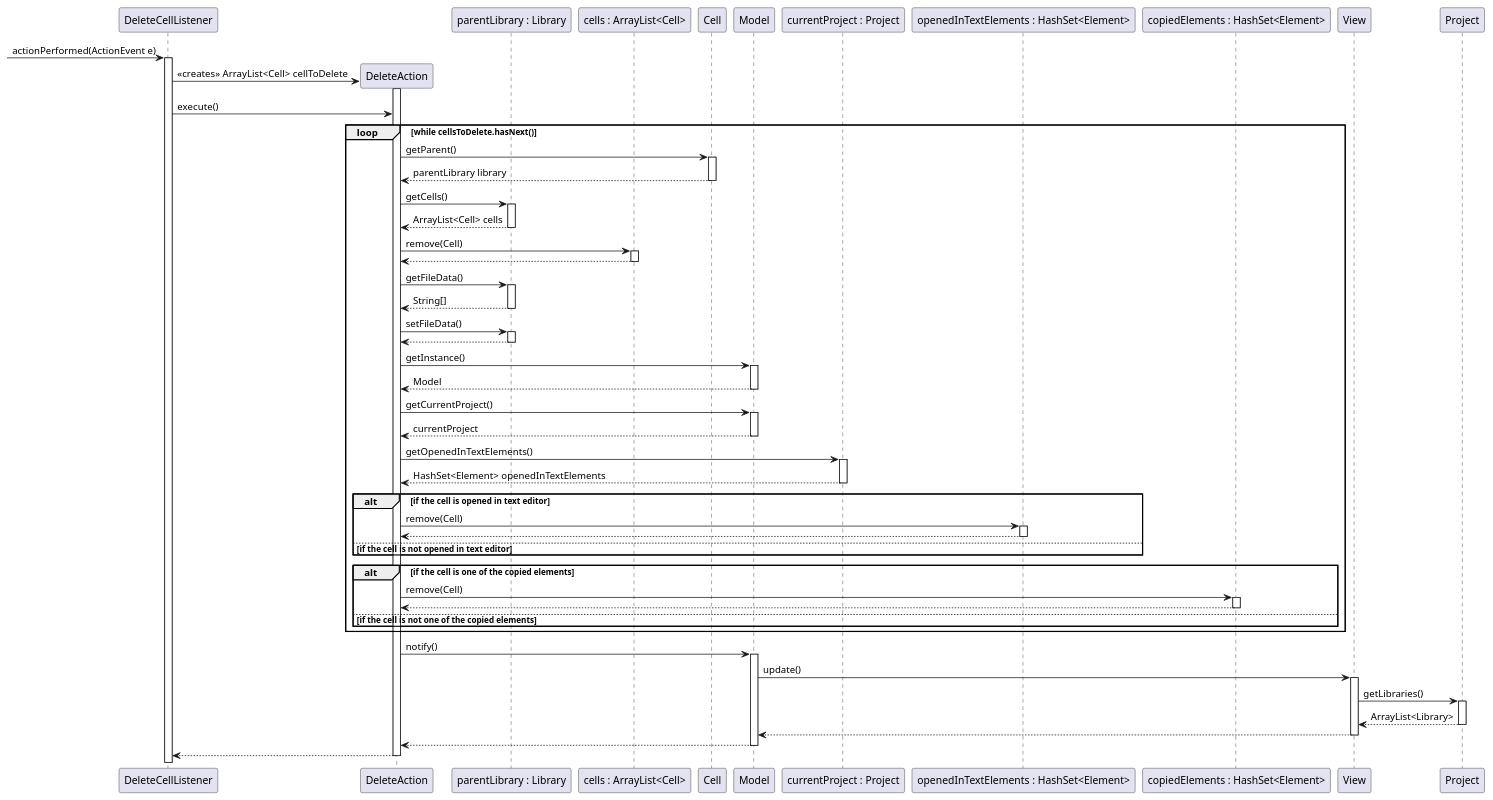
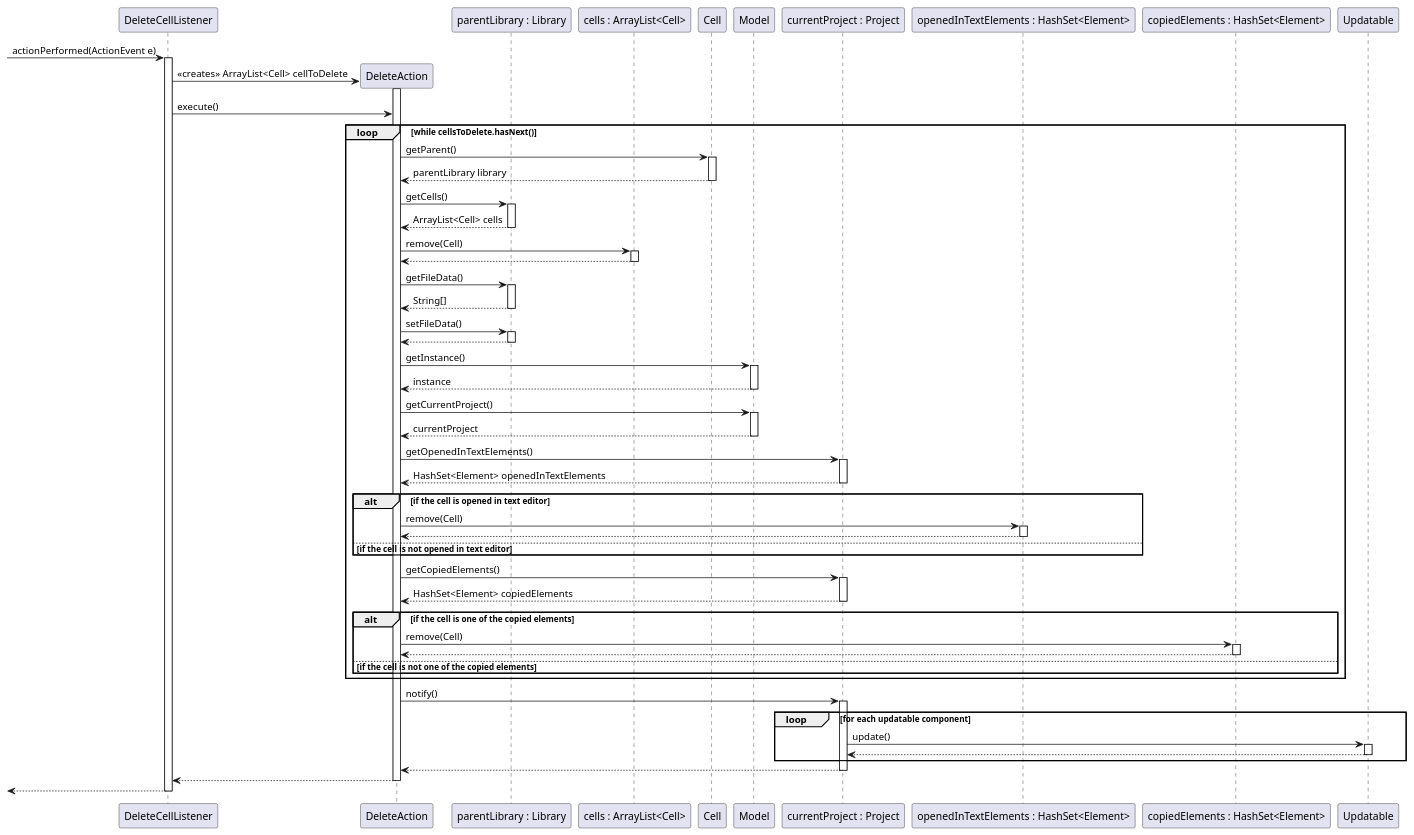
One commit to AlpTorac/PSE-Report changed the diagram in Design Phase/SequenceDiagrams/deletingcell.wsd. Above: the diagram before and after it, drawn with PlantUML.

Commit message:
changed deletingcells

```diff
--- a/Design Phase/SequenceDiagrams/deletingcell.wsd
+++ b/Design Phase/SequenceDiagrams/deletingcell.wsd
@@ -1,73 +1,78 @@
 @startuml
 -> DeleteCellListener : actionPerformed(ActionEvent e)
 activate DeleteCellListener
 DeleteCellListener -> DeleteAction ** : <<creates>> ArrayList<Cell> cellToDelete
 activate DeleteAction
 
 DeleteCellListener -> DeleteAction : execute()
 participant "parentLibrary : Library" as parentLibrary
 participant "cells : ArrayList<Cell>" as cells
 loop while cellsToDelete.hasNext()
 DeleteAction -> Cell : getParent()
 activate Cell
 return parentLibrary library
 DeleteAction -> parentLibrary : getCells()
 activate parentLibrary
 return ArrayList<Cell> cells
 DeleteAction -> cells : remove(Cell)
 activate cells 
 return
 DeleteAction -> parentLibrary : getFileData()
 activate parentLibrary
 return String[]
 DeleteAction -> parentLibrary : setFileData()
 activate parentLibrary
 return 
 
 DeleteAction -> Model : getInstance()
 activate Model
-return Model
+return instance 
 DeleteAction -> Model : getCurrentProject()
 activate Model 
 return currentProject
 participant "currentProject : Project" as currentProject
 DeleteAction -> currentProject : getOpenedInTextElements()
 activate currentProject
 return HashSet<Element> openedInTextElements
+
 
 
 participant "openedInTextElements : HashSet<Element>" as openedInTextElements
 participant "copiedElements : HashSet<Element>" as copiedElements
 
 
 
 alt if the cell is opened in text editor
 DeleteAction -> openedInTextElements : remove(Cell)
 activate openedInTextElements 
 return 
 else if the cell is not opened in text editor 
 end 
 
+DeleteAction -> currentProject : getCopiedElements()
+activate currentProject
+return HashSet<Element> copiedElements
+
 alt if the cell is one of the copied elements 
 DeleteAction -> copiedElements : remove(Cell)
 activate copiedElements 
 return 
 else if the cell is not one of the copied elements
 end 
 
 end
 
-DeleteAction -> Model: notify()
-activate Model
+DeleteAction -> currentProject: notify()
+activate currentProject
 
-Model -> View : update()
-activate View
+loop for each updatable component 
+currentProject -> Updatable : update()
+activate Updatable
+return 
+end
 
-View -> Project : getLibraries()
-activate Project
-return ArrayList<Library>
 return
 return 
 return 
 
 @enduml
```
